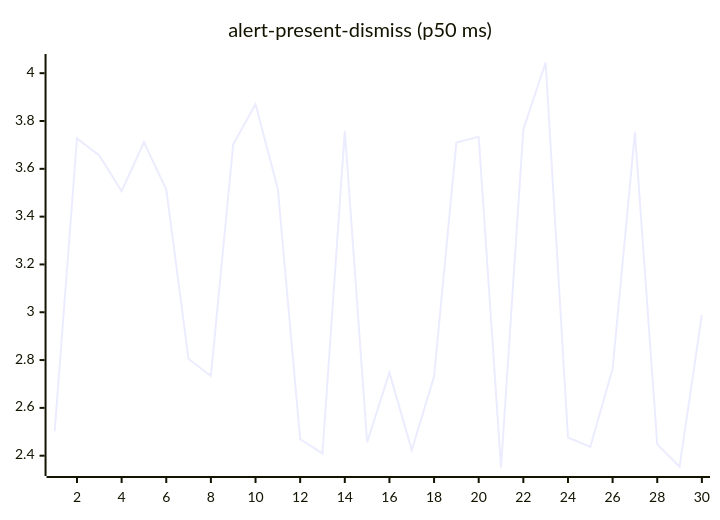
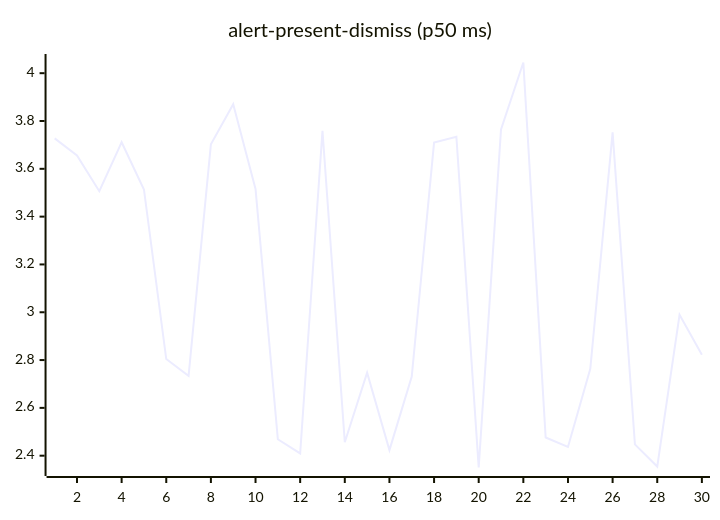
Before and after one commit to josha/Facet: the second of 27 diagrams in README.md, drawn with Mermaid. The commit also changed other lines of this file and 2 other files, not shown here.

````diff
--- a/README.md
+++ b/README.md
@@ -70,6 +70,6 @@
 ```mermaid
 xychart-beta
     title "alert-present-dismiss (p50 ms)"
     x-axis 1 --> 30
-    line [2.5024, 3.7273, 3.6562, 3.5064, 3.7112, 3.5136, 2.8044, 2.7337, 3.7022, 3.8703, 3.5157, 2.4688, 2.4093, 3.7592, 2.4564, 2.7475, 2.4232, 2.7312, 3.7096, 3.7340, 2.3506, 3.7650, 4.0447, 2.4759, 2.4363, 2.7635, 3.7527, 2.4474, 2.3546, 2.9892]
+    line [3.7273, 3.6562, 3.5064, 3.7112, 3.5136, 2.8044, 2.7337, 3.7022, 3.8703, 3.5157, 2.4688, 2.4093, 3.7592, 2.4564, 2.7475, 2.4232, 2.7312, 3.7096, 3.7340, 2.3506, 3.7650, 4.0447, 2.4759, 2.4363, 2.7635, 3.7527, 2.4474, 2.3546, 2.9892, 2.8222]
 ```
````
